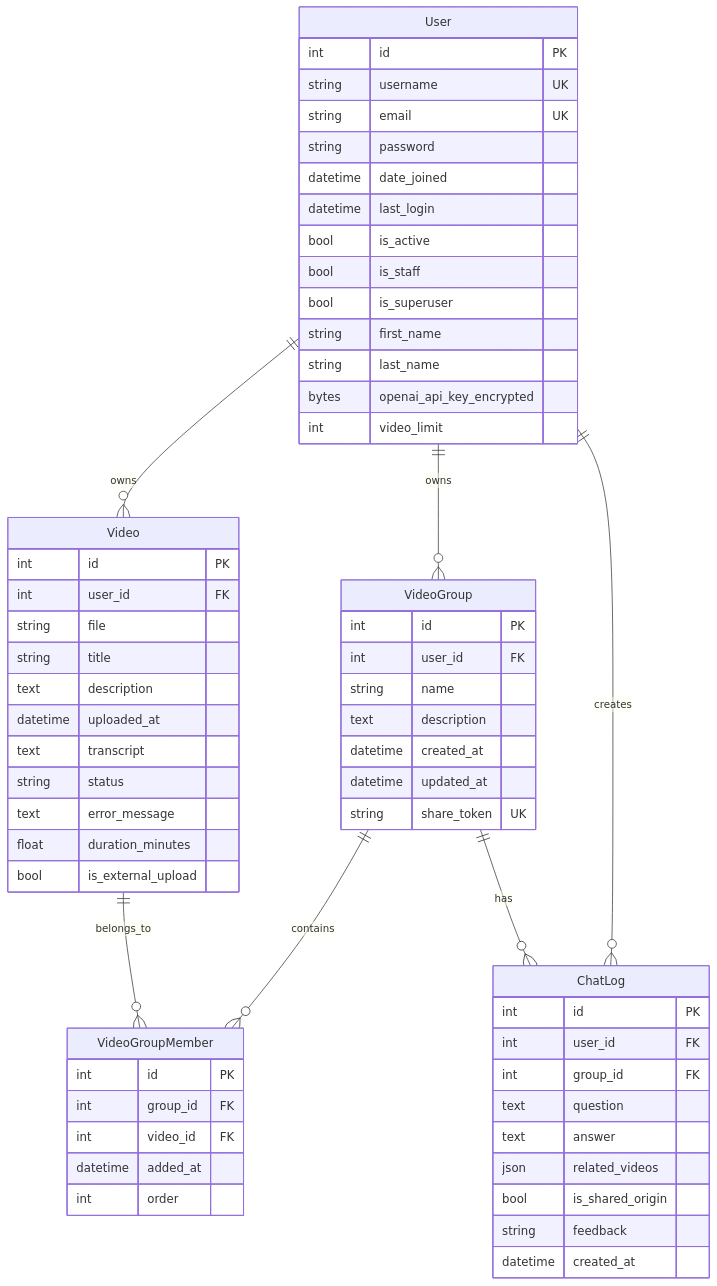
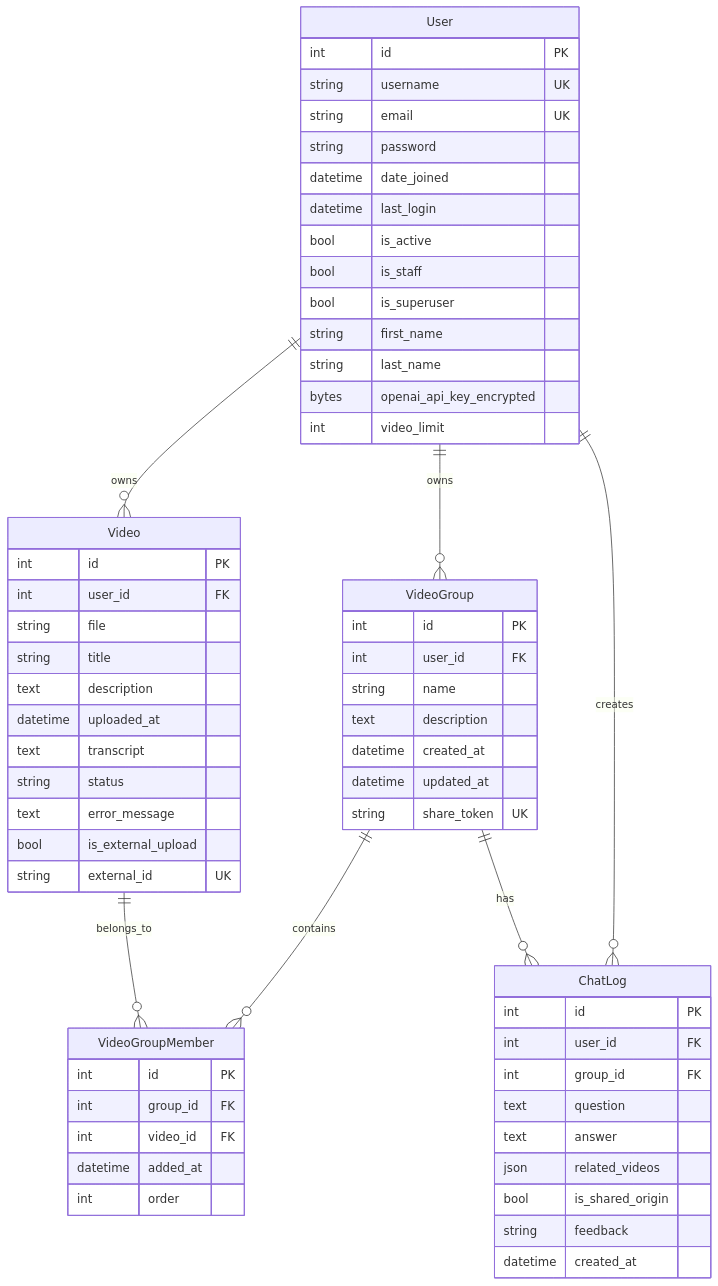
Before and after one commit to yukiharada1228/videoq: the diagram in docs/database/er-diagram.md, drawn with Mermaid. The commit also changed 1 other file, not shown here.

Commit message:
docs: Videoモデルからduration_minutesを削除し、external_idを追加

````diff
--- a/docs/database/er-diagram.md
+++ b/docs/database/er-diagram.md
@@ -9,69 +9,69 @@
 ```mermaid
 erDiagram
     User ||--o{ Video : owns
     User ||--o{ VideoGroup : owns
     User ||--o{ ChatLog : creates
     VideoGroup ||--o{ VideoGroupMember : contains
     Video ||--o{ VideoGroupMember : belongs_to
     VideoGroup ||--o{ ChatLog : has
     
     User {
         int id PK
         string username UK
         string email UK
         string password
         datetime date_joined
         datetime last_login
         bool is_active
         bool is_staff
         bool is_superuser
         string first_name
         string last_name
         bytes openai_api_key_encrypted
         int video_limit
     }
     
     Video {
         int id PK
         int user_id FK
         string file
         string title
         text description
         datetime uploaded_at
         text transcript
         string status
         text error_message
-        float duration_minutes
         bool is_external_upload
+        string external_id UK
     }
     
     VideoGroup {
         int id PK
         int user_id FK
         string name
         text description
         datetime created_at
         datetime updated_at
         string share_token UK
     }
     
     VideoGroupMember {
         int id PK
         int group_id FK
         int video_id FK
         datetime added_at
         int order
     }
     
     ChatLog {
         int id PK
         int user_id FK
         int group_id FK
         text question
         text answer
         json related_videos
         bool is_shared_origin
         string feedback
         datetime created_at
     }
 ```
````
